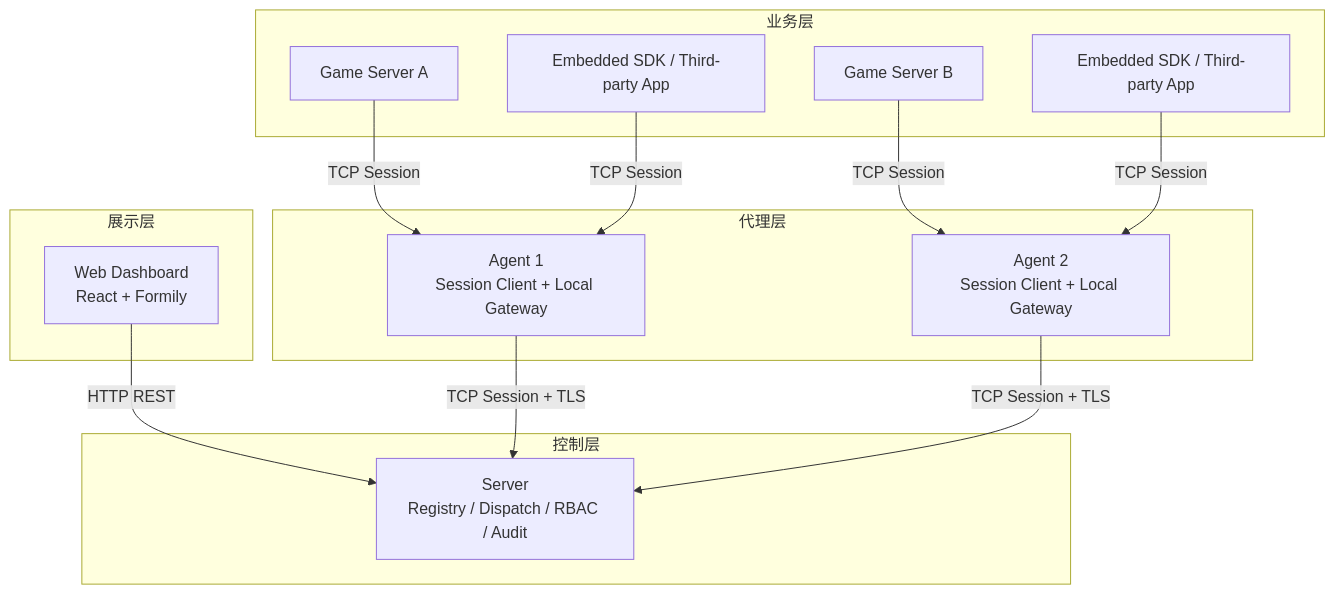
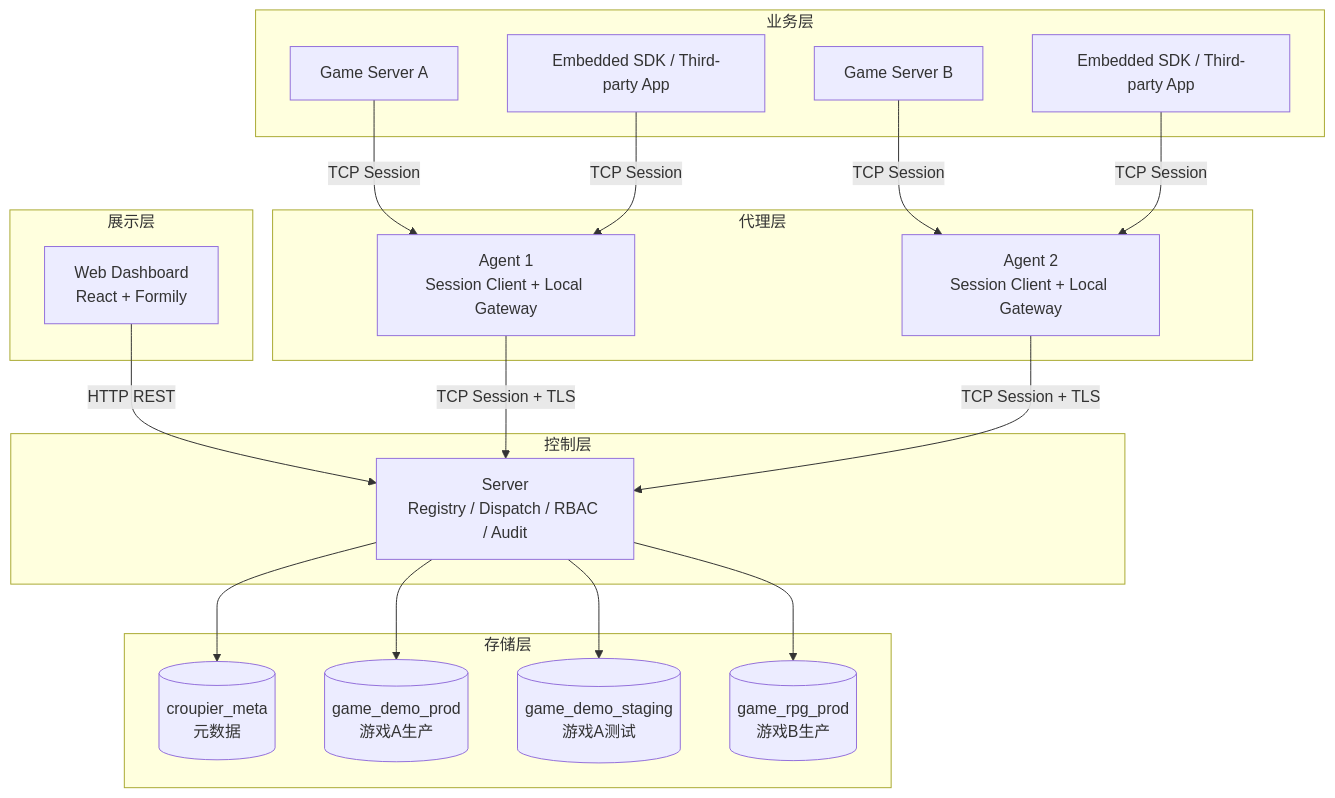
Before and after one commit to cuihairu/croupier: the diagram in docs/architecture/index.md, drawn with Mermaid. The commit also changed other lines of this file and 6 other files, not shown here.

First line of the commit message:
refactor: adopt database-per-game architecture for Croupier

````diff
--- a/docs/architecture/index.md
+++ b/docs/architecture/index.md
@@ -28,30 +29,42 @@
 ```mermaid
 graph TB
   subgraph "展示层"
     Dashboard[Web Dashboard<br/>React + Formily]
   end
 
   subgraph "控制层"
     Server[Server<br/>Registry / Dispatch / RBAC / Audit]
   end
 
   subgraph "代理层"
     Agent1[Agent 1<br/>Session Client + Local Gateway]
     Agent2[Agent 2<br/>Session Client + Local Gateway]
   end
 
   subgraph "业务层"
     GS1[Game Server A]
     GS2[Game Server B]
     SDK1[Embedded SDK / Third-party App]
     SDK2[Embedded SDK / Third-party App]
   end
 
+  subgraph "存储层"
+    MetaDB[(croupier_meta<br/>元数据)]
+    GameDB1[(game_demo_prod<br/>游戏A生产)]
+    GameDB2[(game_demo_staging<br/>游戏A测试)]
+    GameDB3[(game_rpg_prod<br/>游戏B生产)]
+  end
+
   Dashboard -->|HTTP REST| Server
   Agent1 -->|TCP Session + TLS| Server
   Agent2 -->|TCP Session + TLS| Server
   GS1 -->|TCP Session| Agent1
   SDK1 -->|TCP Session| Agent1
   GS2 -->|TCP Session| Agent2
   SDK2 -->|TCP Session| Agent2
+
+  Server --> MetaDB
+  Server --> GameDB1
+  Server --> GameDB2
+  Server --> GameDB3
 ```
````
